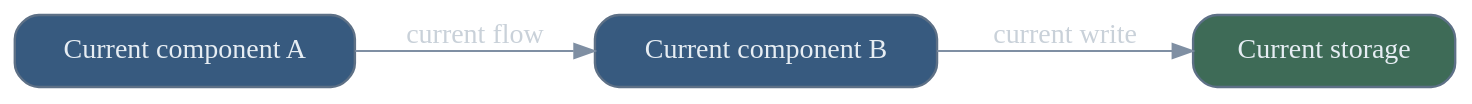
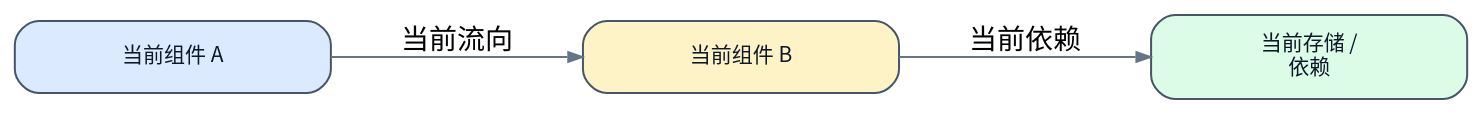
Before and after one commit to terencefan/inority-workspace: the first of 3 diagrams in skills/runbook/references/runbook-template.md, drawn with Graphviz. The commit also changed other lines of this file and 56 other files, not shown here.

````diff
--- a/skills/runbook/references/runbook-template.md
+++ b/skills/runbook/references/runbook-template.md
@@ -11,14 +22,14 @@
 ```dot
 digraph current {
-  rankdir=LR;
-  graph [bgcolor="transparent", pad="0.2", nodesep="0.35", ranksep="0.45"];
-  node [shape=box, style="rounded,filled", color="#5D7086", fontcolor="#E6EDF3", penwidth=1.2];
-  edge [color="#7F8FA3", fontcolor="#C9D1D9"];
+  graph [rankdir=LR, bgcolor="transparent", pad="0.45", nodesep="0.7", ranksep="0.95", fontname="Noto Sans CJK SC"];
+  node [shape=box, style="rounded,filled", margin="0.18,0.12", width="2.2", fontname="Noto Sans CJK SC", fontsize=10.5, color="#475569", fontcolor="#0f172a"];
+  edge [color="#64748b", arrowsize="0.7"];
 
-  node_a [label="Current component A", fillcolor="#375A7F"];
-  node_b [label="Current component B", fillcolor="#375A7F"];
-  node_c [label="Current storage", fillcolor="#3E6B57"];
-  node_a -> node_b [label="current flow"];
-  node_b -> node_c [label="current write"];
+  node_a [label="当前组件 A", fillcolor="#dbeafe"];
+  node_b [label="当前组件 B", fillcolor="#fef3c7"];
+  node_c [label="当前存储 /\n依赖", fillcolor="#dcfce7"];
+
+  node_a -> node_b [label="当前流向"];
+  node_b -> node_c [label="当前依赖"];
 }
 ```
````
